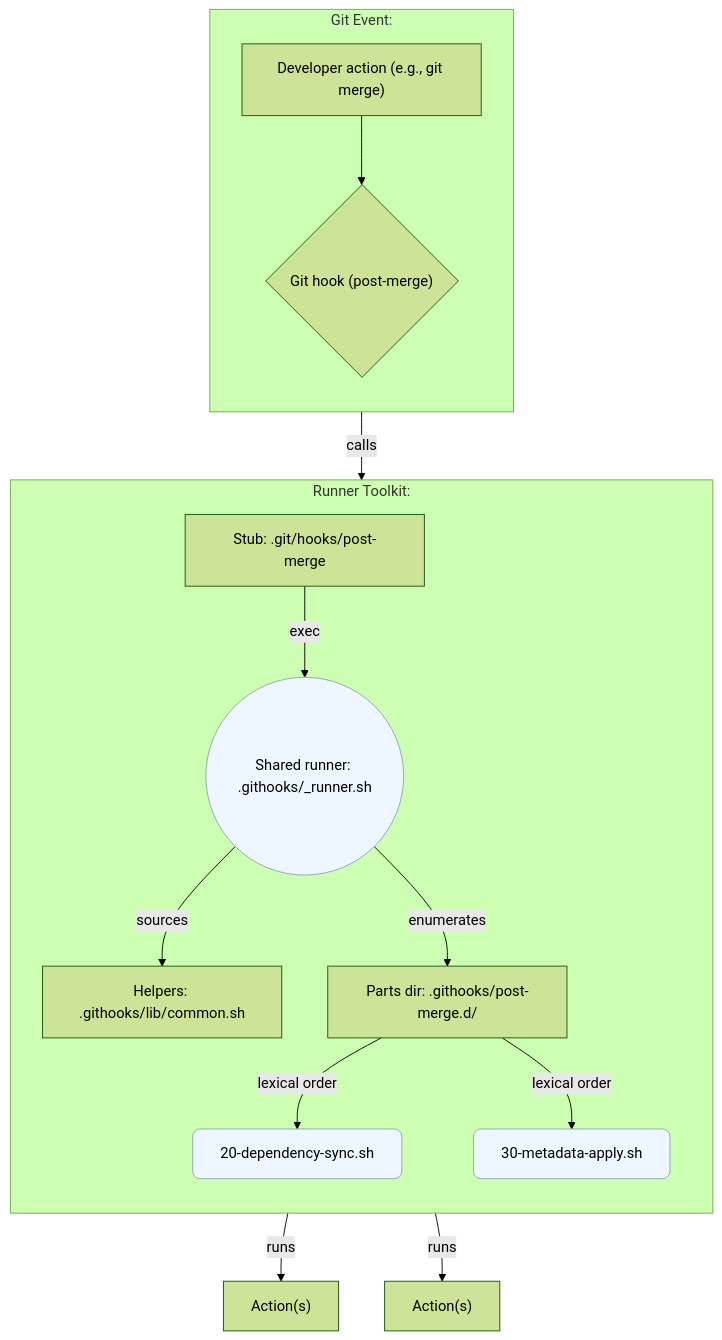
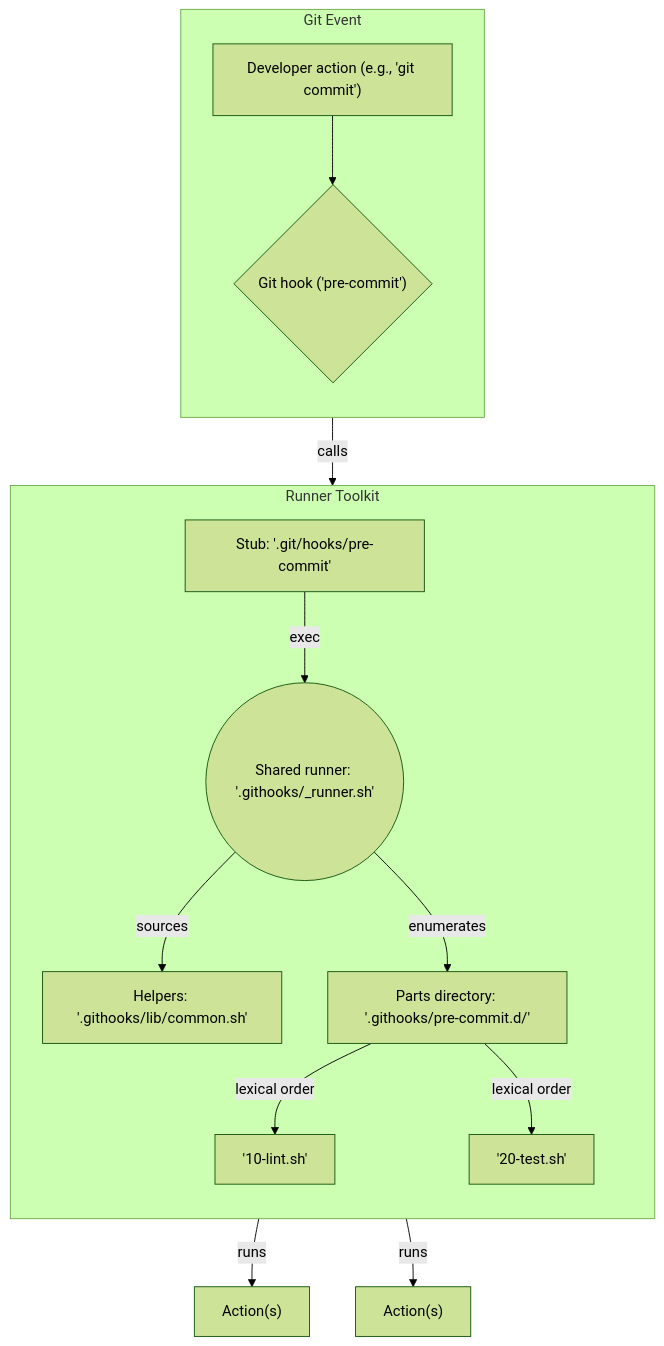
The diagram in README.md (DevGuyRash/git-hooks-runner-toolkit), drawn with Mermaid (forest theme) before and after one commit. The commit also changed other lines of this file, not shown here.

````diff
--- a/README.md
+++ b/README.md
@@ -21,21 +19,20 @@
 ```mermaid
 graph TD
-classDef focus fill:#eef6ff,stroke:#94a3b8,stroke-width:1px,rx:8,ry:8
+    subgraph "Git Event"
+        direction TB
+        A["Developer action (e.g., 'git commit')"] --> B{"Git hook ('pre-commit')"}
+    end
 
-subgraph GitEvent ["Git Event:"]
-  direction TB
-  GE["Developer action (e.g., git merge)"] --> GH{"Git hook (post-merge)"}
-end
+    subgraph "Runner Toolkit"
+        direction TB
+        C["Stub: '.git/hooks/pre-commit'"] -->|exec| D(("Shared runner: '.githooks/_runner.sh'"))
+        D -->|sources| E["Helpers: '.githooks/lib/common.sh'"]
+        D -->|enumerates| F["Parts directory: '.githooks/pre-commit.d/'"]
+        F -->|lexical order| G["'10-lint.sh'"]
+        F -->|lexical order| H["'20-test.sh'"]
+    end
 
-subgraph Runner ["Runner Toolkit:"]
-  direction TB
-  STUB["Stub: .git/hooks/post-merge"] -->|"exec"| RUNNER(("Shared runner: .githooks/_runner.sh"))
-  RUNNER -->|"sources"| LIB["Helpers: .githooks/lib/common.sh"]
-  RUNNER:::focus -->|"enumerates"| PARTS_DIR["Parts dir: .githooks/post-merge.d/"]
-  PARTS_DIR -->|"lexical order"| P1["20-dependency-sync.sh"] & P2["30-metadata-apply.sh"]
-end
-
-GH -->|"calls"| STUB
-P1:::focus -->|"runs"| OUT1["Action(s)"]
-P2:::focus -->|"runs"| OUT2["Action(s)"]
+    B -->|calls| C
+    G -->|runs| I["Action(s)"]
+    H -->|runs| J["Action(s)"]
 ```
````
